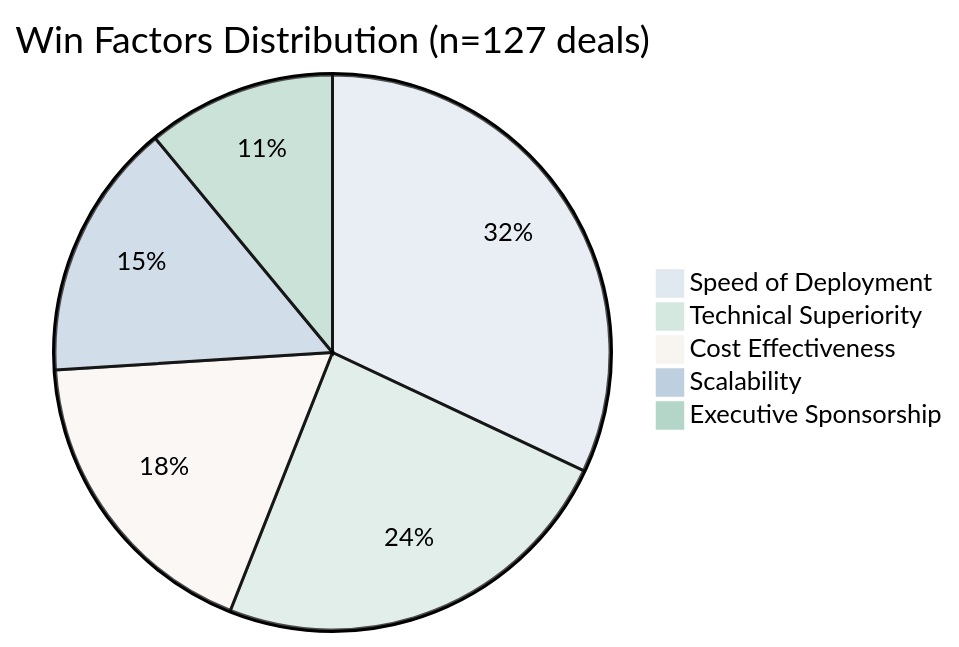
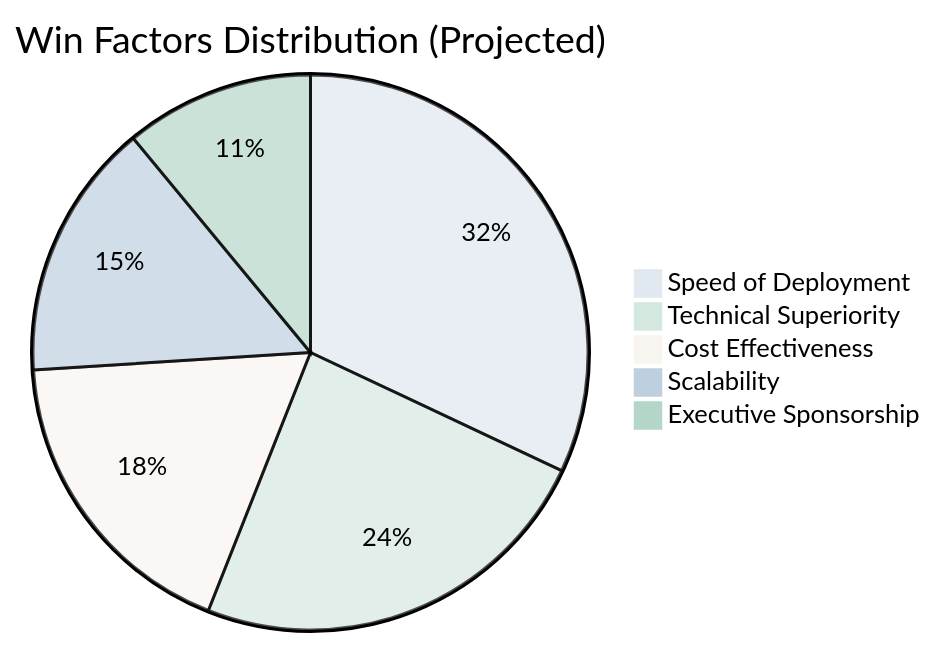
Before and after one commit to o2alexanderfedin/AI-Hive-Business-Docs: the second of 7 diagrams in business-documents/competitive-positioning/08-win-loss-analysis.md, drawn with Mermaid. The commit also changed other lines of this file and 1 other file, not shown here.

````diff
--- a/business-documents/competitive-positioning/08-win-loss-analysis.md
+++ b/business-documents/competitive-positioning/08-win-loss-analysis.md
@@ -102,30 +98,30 @@
 ```mermaid
 %%{init: {
   'theme': 'base',
   'themeVariables': {
     'primaryColor': '#E0E8F0',
     'primaryTextColor': '#000000',
     'primaryBorderColor': '#B0C5D8',
     'lineColor': '#B0C5D8',
     'secondaryColor': '#D5E8E0',
     'background': '#FFFFFF',
     'mainBkg': '#F8F8F8',
     'secondBkg': '#F0F0F0',
     'darkMode': false,
     'fontFamily': 'Arial, sans-serif',
     'fontSize': '14px',
     'textColor': '#000000',
     'nodeBkg': '#F5F5F5',
     'nodeBorder': '#B0C5D8',
     'clusterBkg': '#FAFAFA',
     'clusterBorder': '#B0C5D8',
     'defaultLinkColor': '#B0C5D8'
   }
 }}%%
-pie title Win Factors Distribution (n=127 deals)
+pie title Win Factors Distribution (Projected)
     "Speed of Deployment" : 32
     "Technical Superiority" : 24
     "Cost Effectiveness" : 18
     "Scalability" : 15
     "Executive Sponsorship" : 11
 ```
````
